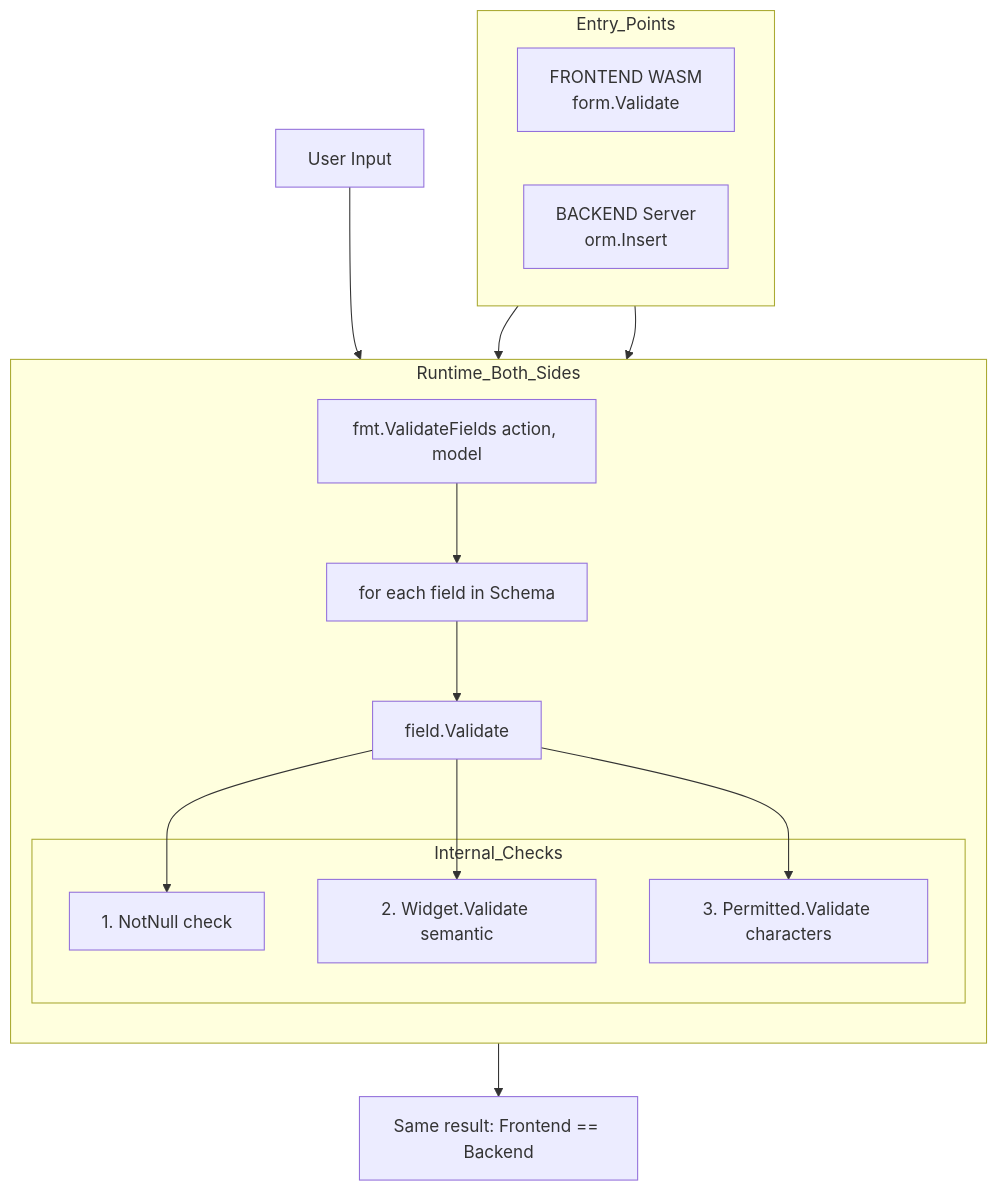
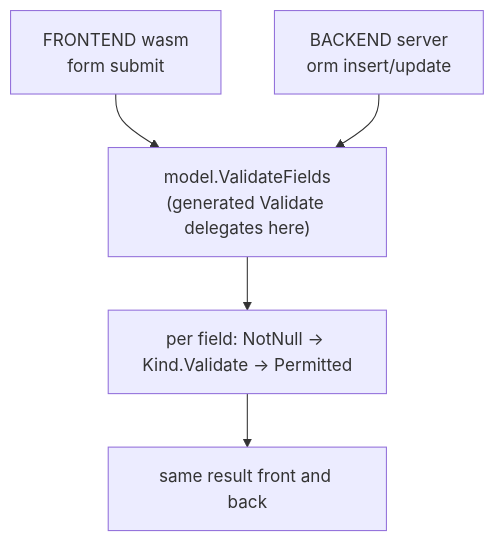
Before and after one commit to tinywasm/ormc: the second of 2 diagrams in docs/diagrams/ORMC_FLOW.md, drawn with Mermaid. The commit also changed other lines of this file and 10 other files, not shown here.

````diff
--- a/docs/diagrams/ORMC_FLOW.md
+++ b/docs/diagrams/ORMC_FLOW.md
@@ -137,35 +45,12 @@
 ```mermaid
-graph TD
-    UI[User Input] --> Validate
-
-    subgraph Runtime_Both_Sides
-        direction TB
-        Validate[fmt.ValidateFields action, model]
-        Schema[for each field in Schema]
-        FVal[field.Validate]
-
-        Validate --> Schema
-        Schema --> FVal
-
-        subgraph Internal_Checks
-            NotNull[1. NotNull check]
-            WidgetVal[2. Widget.Validate semantic]
-            PermVal[3. Permitted.Validate characters]
-        end
-
-        FVal --> NotNull
-        FVal --> WidgetVal
-        FVal --> PermVal
-    end
-
-    subgraph Entry_Points
-        direction LR
-        Front[FRONTEND WASM<br/>form.Validate]
-        Back[BACKEND Server<br/>orm.Insert]
-    end
-
-    Front --> Validate
-    Back --> Validate
-
-    Internal_Checks --> Result[Same result: Frontend == Backend]
+flowchart TD
+    Front["FRONTEND wasm<br/>form submit"]
+    Back["BACKEND server<br/>orm insert/update"]
+    V["model.ValidateFields<br/>(generated Validate delegates here)"]
+    F["per field: NotNull → Kind.Validate → Permitted"]
+    R["same result front and back"]
+    Front --> V
+    Back --> V
+    V --> F
+    F --> R
 ```
````
